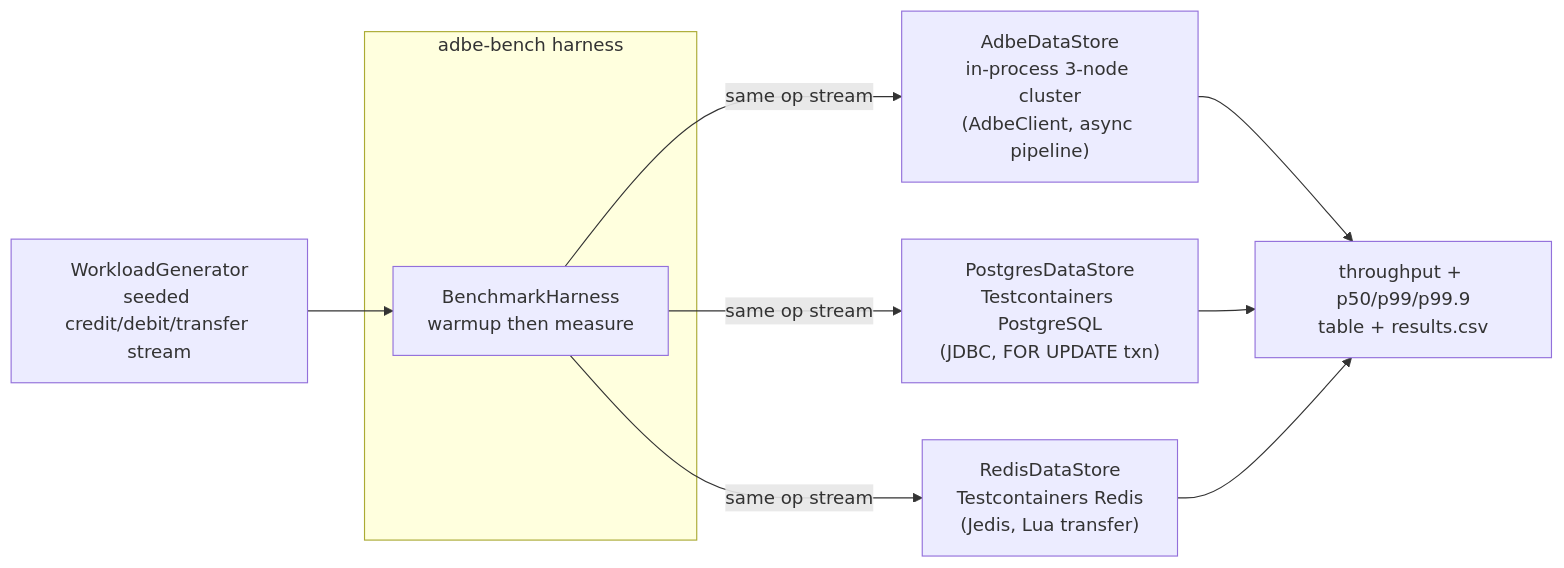
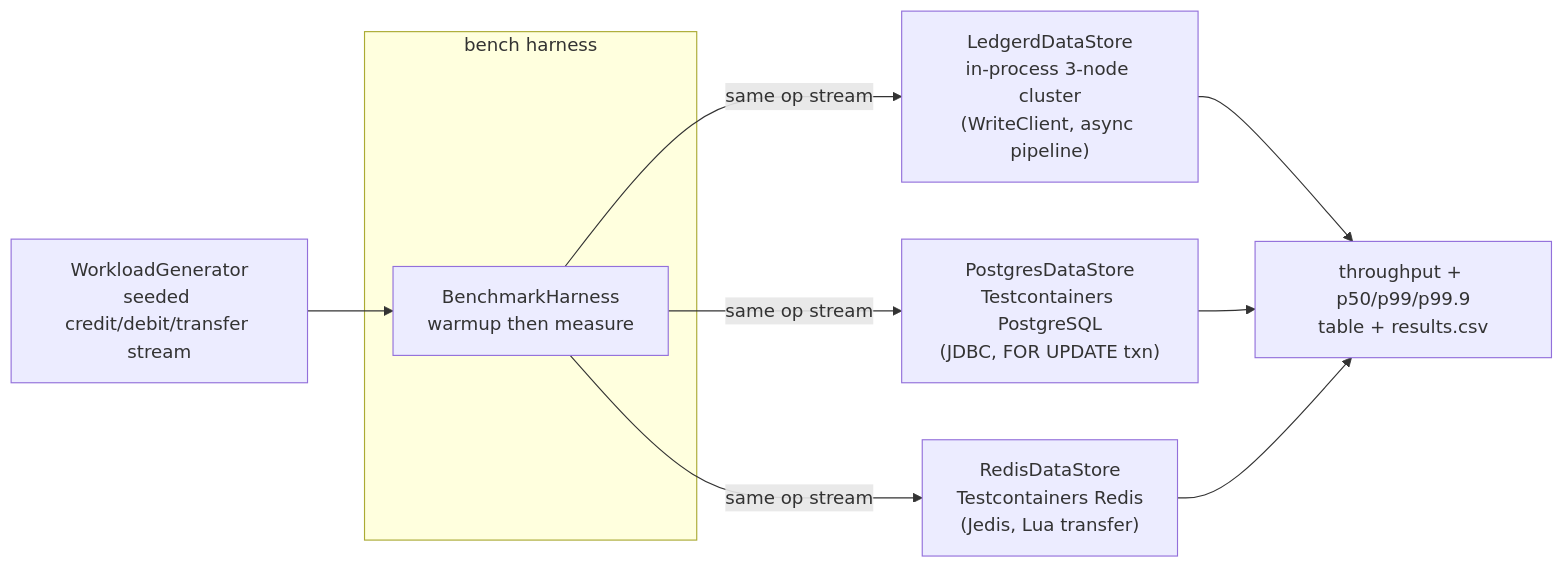
The diagram in docs/decisions/0013-datastore-benchmark-methodology.md (justrade-io/ledgerd), drawn with Mermaid before and after one commit. The commit also changed other lines of this file and 290 other files, not shown here.

First line of the commit message:
Add test fixtures and write client for LEDGERD

````diff
--- a/docs/decisions/0013-datastore-benchmark-methodology.md
+++ b/docs/decisions/0013-datastore-benchmark-methodology.md
@@ -76,17 +76,17 @@
 ```mermaid
 flowchart LR
     GEN["WorkloadGenerator<br/>seeded credit/debit/transfer stream"]
-    subgraph BENCH["adbe-bench harness"]
+    subgraph BENCH["bench harness"]
         HARNESS["BenchmarkHarness<br/>warmup then measure"]
     end
-    ADBE["AdbeDataStore<br/>in-process 3-node cluster<br/>(AdbeClient, async pipeline)"]
+    LEDGERD["LedgerdDataStore<br/>in-process 3-node cluster<br/>(WriteClient, async pipeline)"]
     PG["PostgresDataStore<br/>Testcontainers PostgreSQL<br/>(JDBC, FOR UPDATE txn)"]
     RD["RedisDataStore<br/>Testcontainers Redis<br/>(Jedis, Lua transfer)"]
     GEN --> HARNESS
-    HARNESS -->|"same op stream"| ADBE
+    HARNESS -->|"same op stream"| LEDGERD
     HARNESS -->|"same op stream"| PG
     HARNESS -->|"same op stream"| RD
-    ADBE --> REPORT["throughput + p50/p99/p99.9<br/>table + results.csv"]
+    LEDGERD --> REPORT["throughput + p50/p99/p99.9<br/>table + results.csv"]
     PG --> REPORT
     RD --> REPORT
 ```
````
